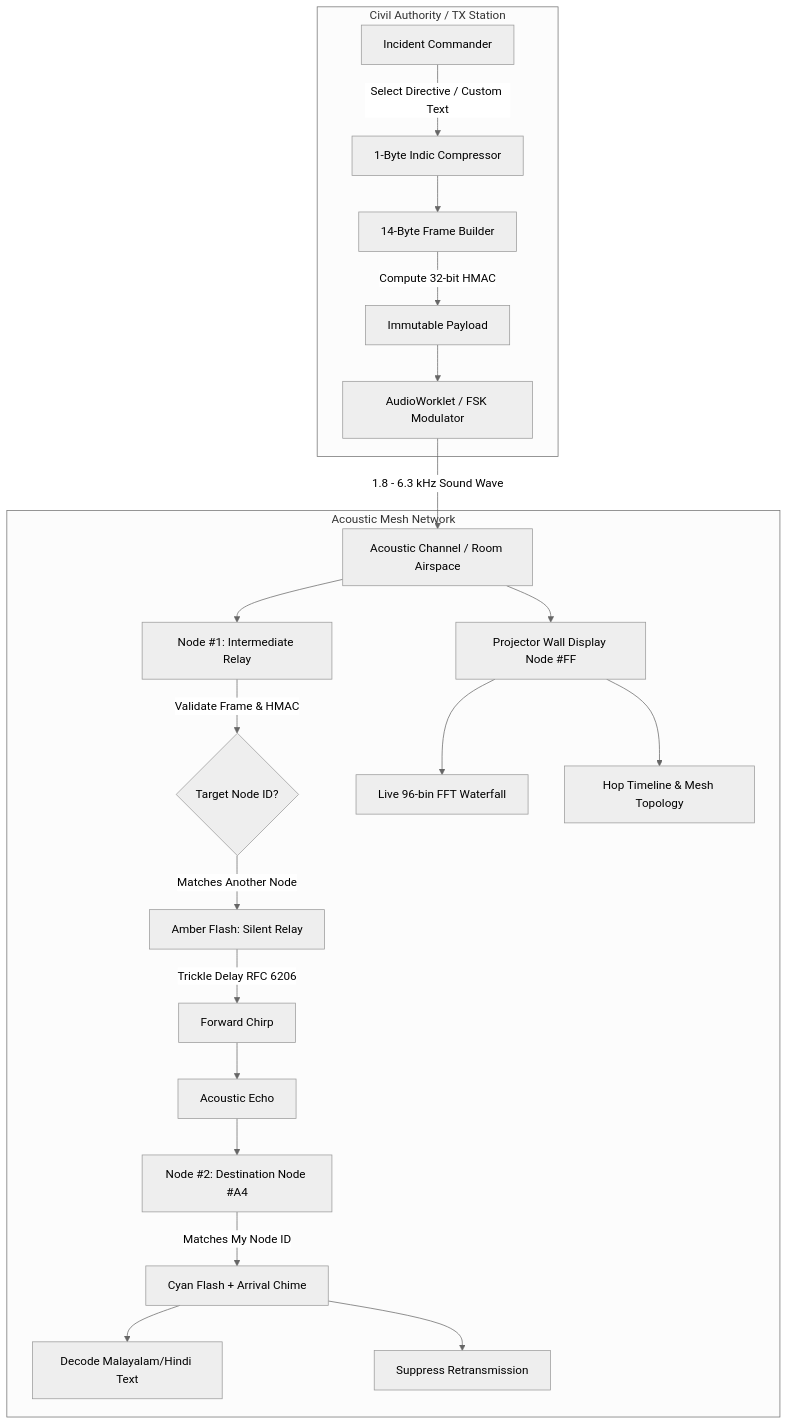
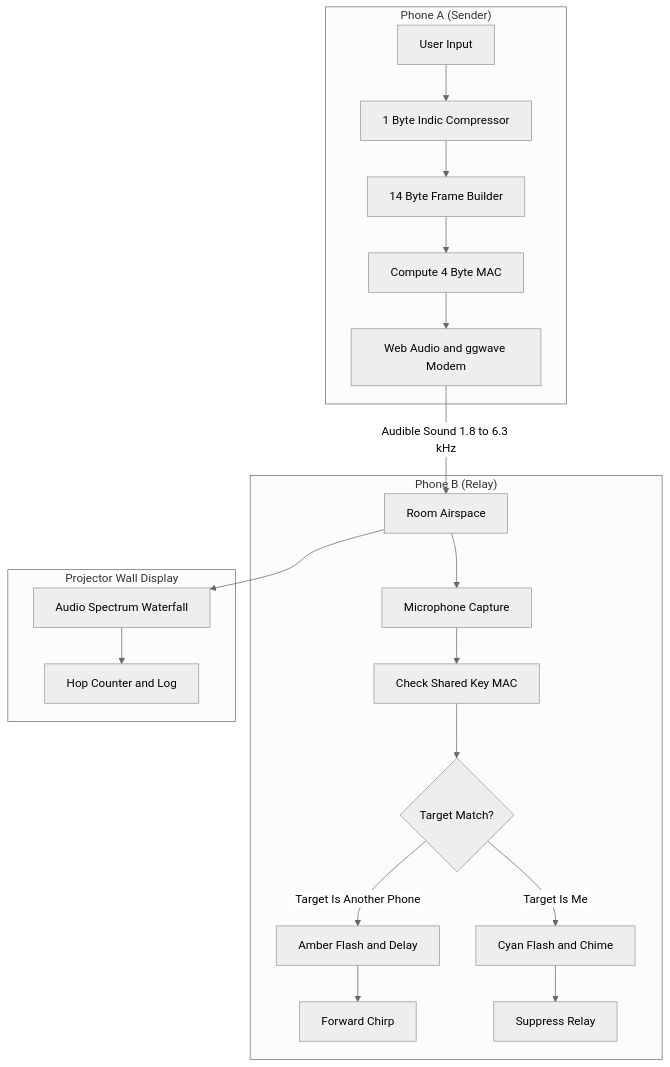
The diagram in ARCHITECTURE.md (Alfievarghese/AirGap.fm_Devin), drawn with Mermaid (neutral theme) before and after one commit. The commit also changed other lines of this file and 2 other files, not shown here.

Commit message:
docs: reframe pitch for play and offline mesh with verified technical specs

````diff
--- a/ARCHITECTURE.md
+++ b/ARCHITECTURE.md
@@ -7,28 +7,27 @@
 ```mermaid
 graph TD
-    subgraph Authority ["Civil Authority / TX Station"]
-        A[Incident Commander] -->|Select Directive / Custom Text| B[1-Byte Indic Compressor]
-        B --> C[14-Byte Frame Builder]
-        C -->|Compute 32-bit HMAC| D[Immutable Payload]
-        D --> E[AudioWorklet / FSK Modulator]
+    subgraph Sender ["Phone A (Sender)"]
+        A[User Input] --> B[1 Byte Indic Compressor]
+        B --> C[14 Byte Frame Builder]
+        C --> D[Compute 4 Byte MAC]
+        D --> E[Web Audio and ggwave Modem]
     end
 
-    E -->|1.8 - 6.3 kHz Sound Wave| Air[Acoustic Channel / Room Airspace]
+    E -->|Audible Sound 1.8 to 6.3 kHz| Air[Room Airspace]
 
-    subgraph Mesh ["Acoustic Mesh Network"]
-        Air --> F[Node #1: Intermediate Relay]
-        F -->|Validate Frame & HMAC| G{Target Node ID?}
-        G -->|Matches Another Node| H[Amber Flash: Silent Relay]
-        H -->|Trickle Delay RFC 6206| I[Forward Chirp]
-        I --> Air2[Acoustic Echo]
+    subgraph Relay ["Phone B (Relay)"]
+        Air --> F[Microphone Capture]
+        F --> G[Check Shared Key MAC]
+        G --> H{Target Match?}
+        H -->|Target Is Another Phone| I[Amber Flash and Delay]
+        I --> J[Forward Chirp]
 
-        Air2 --> J[Node #2: Destination Node #A4]
-        J -->|Matches My Node ID| K[Cyan Flash + Arrival Chime]
-        K --> L[Decode Malayalam/Hindi Text]
-        K --> M[Suppress Retransmission]
+        H -->|Target Is Me| K[Cyan Flash and Chime]
+        K --> L[Suppress Relay]
+    end
 
-        Air --> N[Projector Wall Display Node #FF]
-        N --> O[Live 96-bin FFT Waterfall]
-        N --> P[Hop Timeline & Mesh Topology]
+    subgraph Wall ["Projector Wall Display"]
+        Air --> M[Audio Spectrum Waterfall]
+        M --> N[Hop Counter and Log]
     end
 ```
````
